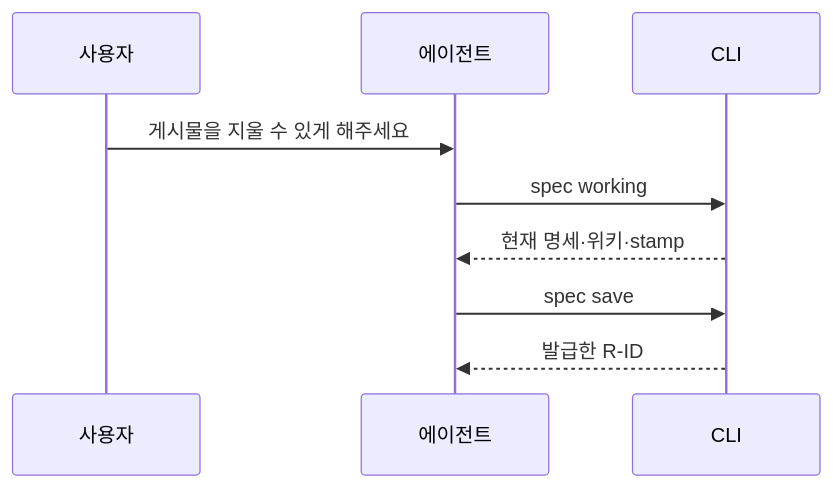
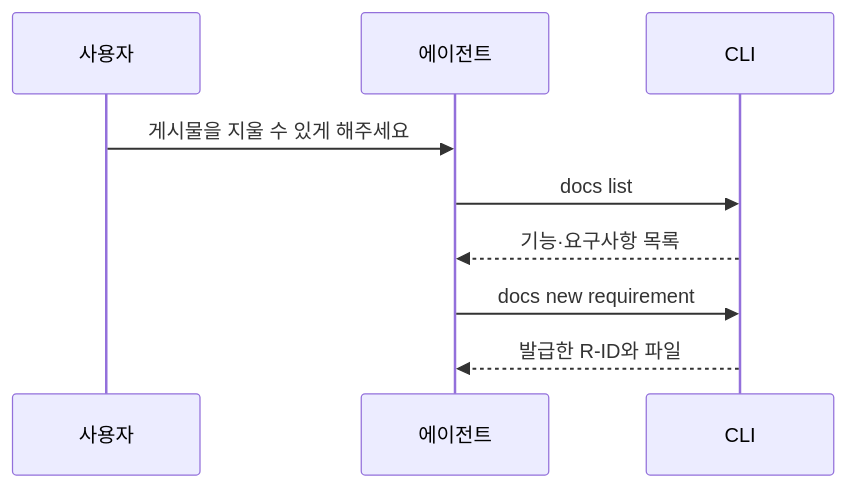
Before and after one commit to dev-goraebap/gitifact: the second of 2 diagrams in .gitifact/wiki/rules/markdown-notation.md, drawn with Mermaid. The commit also changed other lines of this file and 11 other files, not shown here.

````diff
--- a/.gitifact/wiki/rules/markdown-notation.md
+++ b/.gitifact/wiki/rules/markdown-notation.md
@@ -36,11 +36,11 @@
 ```mermaid
 sequenceDiagram
   participant 사용자
   participant 에이전트
   participant CLI
   사용자->>에이전트: 게시물을 지울 수 있게 해주세요
-  에이전트->>CLI: spec working
-  CLI-->>에이전트: 현재 명세·위키·stamp
-  에이전트->>CLI: spec save
-  CLI-->>에이전트: 발급한 R-ID
+  에이전트->>CLI: docs list
+  CLI-->>에이전트: 기능·요구사항 목록
+  에이전트->>CLI: docs new requirement
+  CLI-->>에이전트: 발급한 R-ID와 파일
 ```
````
